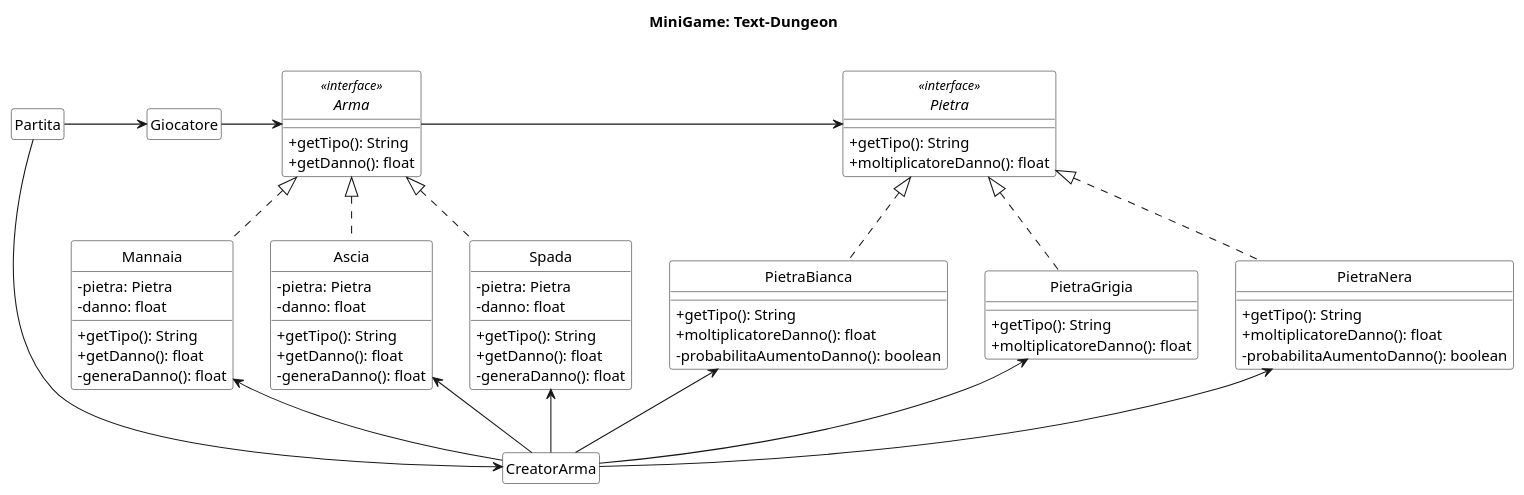
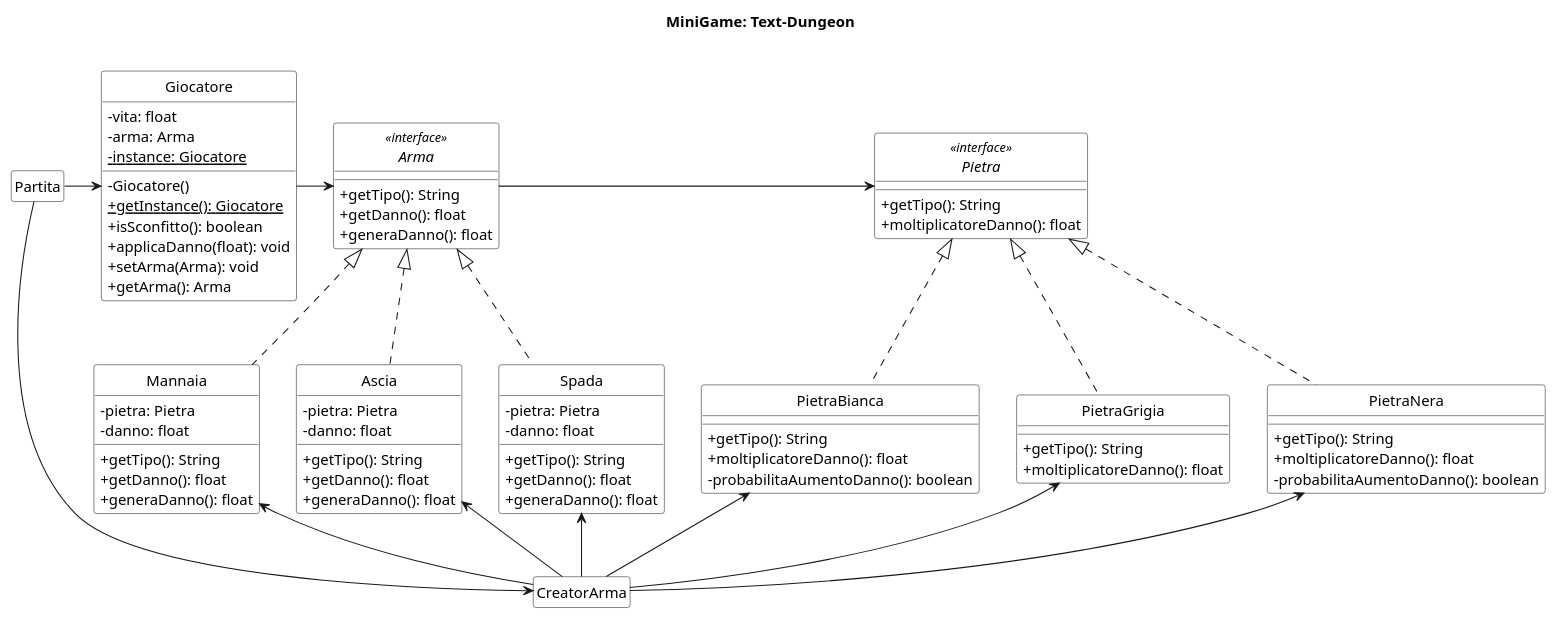
Before and after one commit to Gigi-G/text-dungeon: the diagram in uml/class_diagram.puml, drawn with PlantUML. The commit also changed 19 other files, not shown here.

```diff
--- a/uml/class_diagram.puml
+++ b/uml/class_diagram.puml
@@ -3,96 +3,108 @@
 @startuml
 ' START STYLE
 skinparam {
     monochrome true
     classBackgroundColor white
     noteBackgroundColor white
     classAttributeIconSize 0
 }
 hide circle
 ' END STYLE
 
 title MiniGame: Text-Dungeon\n
 
 hide members
 
 class CreatorArma
 
 CreatorArma -u-> Ascia
 CreatorArma -u-> Mannaia
 CreatorArma -u-> Spada
 CreatorArma -u-> PietraGrigia
 CreatorArma -u-> PietraBianca
 CreatorArma -u-> PietraNera
 
 class Partita
 
 Partita -> CreatorArma
 
-class Giocatore
+class Giocatore {
+    - vita: float
+    - arma: Arma
+    - instance{static}: Giocatore 
+    - Giocatore()
+    + getInstance(){static}: Giocatore
+    + isSconfitto(): boolean
+    + applicaDanno(float): void
+    + setArma(Arma): void
+    + getArma(): Arma
+}
+show Giocatore members
 
 Giocatore -> Arma
 Partita -> Giocatore
 
 interface Arma <<interface>> {
     + getTipo(): String
     + getDanno(): float
+    + generaDanno(): float
 }
 show Arma members
 
 interface Pietra <<interface>> {
     + getTipo(): String
     + moltiplicatoreDanno(): float
 }
 show Pietra members
 
 class PietraGrigia implements Pietra {
     + getTipo(): String
     + moltiplicatoreDanno(): float
 }
 show PietraGrigia members
 
 class PietraBianca implements Pietra {
     + getTipo(): String
     + moltiplicatoreDanno(): float
     - probabilitaAumentoDanno(): boolean
 }
 show PietraBianca members
 
 class PietraNera implements Pietra {
     + getTipo(): String
     + moltiplicatoreDanno(): float
     - probabilitaAumentoDanno(): boolean
 }
 show PietraNera members
 
 class Ascia implements Arma {
     - pietra: Pietra
     - danno: float
     + getTipo(): String
     + getDanno(): float
-    - generaDanno(): float
+    + generaDanno(): float
 }
 show Ascia members
 
 class Mannaia implements Arma {
     - pietra: Pietra
     - danno: float
     + getTipo(): String
     + getDanno(): float
-    - generaDanno(): float
+    + generaDanno(): float
 }
 show Mannaia members
 
 
 class Spada implements Arma {
     - pietra: Pietra
     - danno: float
     + getTipo(): String
     + getDanno(): float
-    - generaDanno(): float
+    + generaDanno(): float
 }
 show Spada members
 
 Arma -> Pietra
 
 @enduml
```
